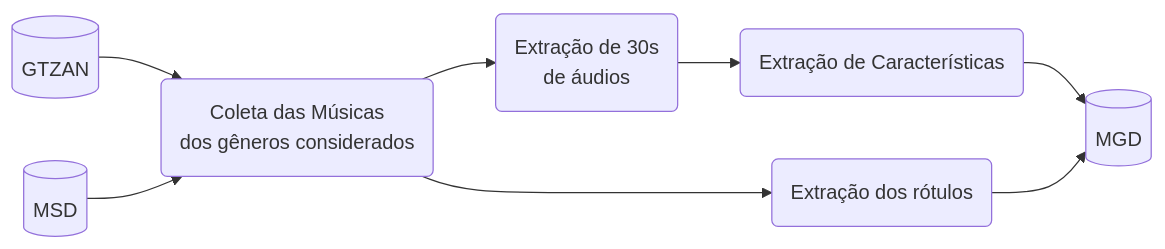
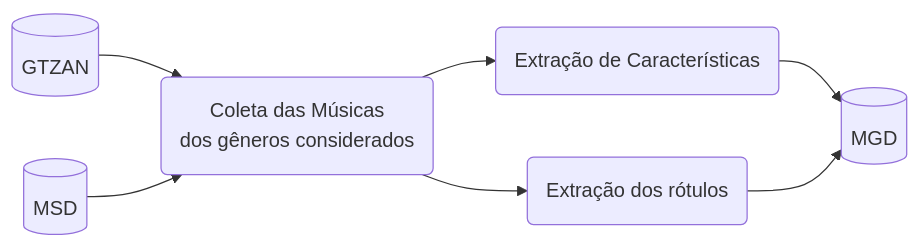
Before and after one commit to ufrpe-2021-2-IA/music-dataset: the diagram in README.md, drawn with Mermaid. The commit also changed other lines of this file and 8 other files, not shown here.

````diff
--- a/README.md
+++ b/README.md
@@ -9,12 +9,11 @@
 ```mermaid
 flowchart LR
 
 GTZAN[(GTZAN)] --> S1(Coleta das Músicas\ndos gêneros considerados)
 MSD[(MSD)] --> S1
-S1 --> S2(Extração de 30s\nde áudios)
 S1 --> S3(Extração dos rótulos)
-S2 --> S4(Extração de Características)
+S1 --> S4(Extração de Características)
 S4 --> MGD[(MGD)]
 S3 --> MGD
 
 ```
````
